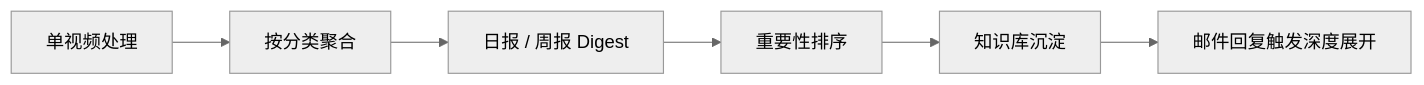
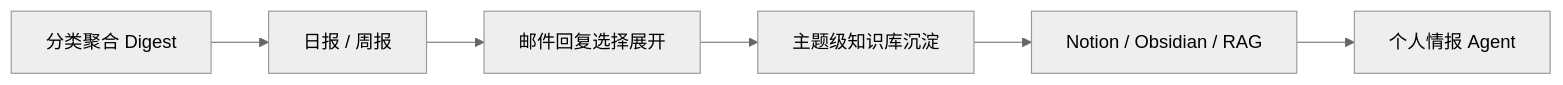
Before and after one commit to Qsagacity/VideoDigestAgent-custom: the fourth of 4 diagrams in README.md, drawn with Mermaid (neutral theme). The commit also changed other lines of this file, not shown here.

````diff
--- a/README.md
+++ b/README.md
@@ -396,8 +522,8 @@
 ```mermaid
 flowchart LR
-    A[单视频处理] --> B[按分类聚合]
-    B --> C[日报 / 周报 Digest]
-    C --> D[重要性排序]
-    D --> E[知识库沉淀]
-    E --> F[邮件回复触发深度展开]
+    A[分类聚合 Digest] --> B[日报 / 周报]
+    B --> C[邮件回复选择展开]
+    C --> D[主题级知识库沉淀]
+    D --> E[Notion / Obsidian / RAG]
+    E --> F[个人情报 Agent]
 ```
````
